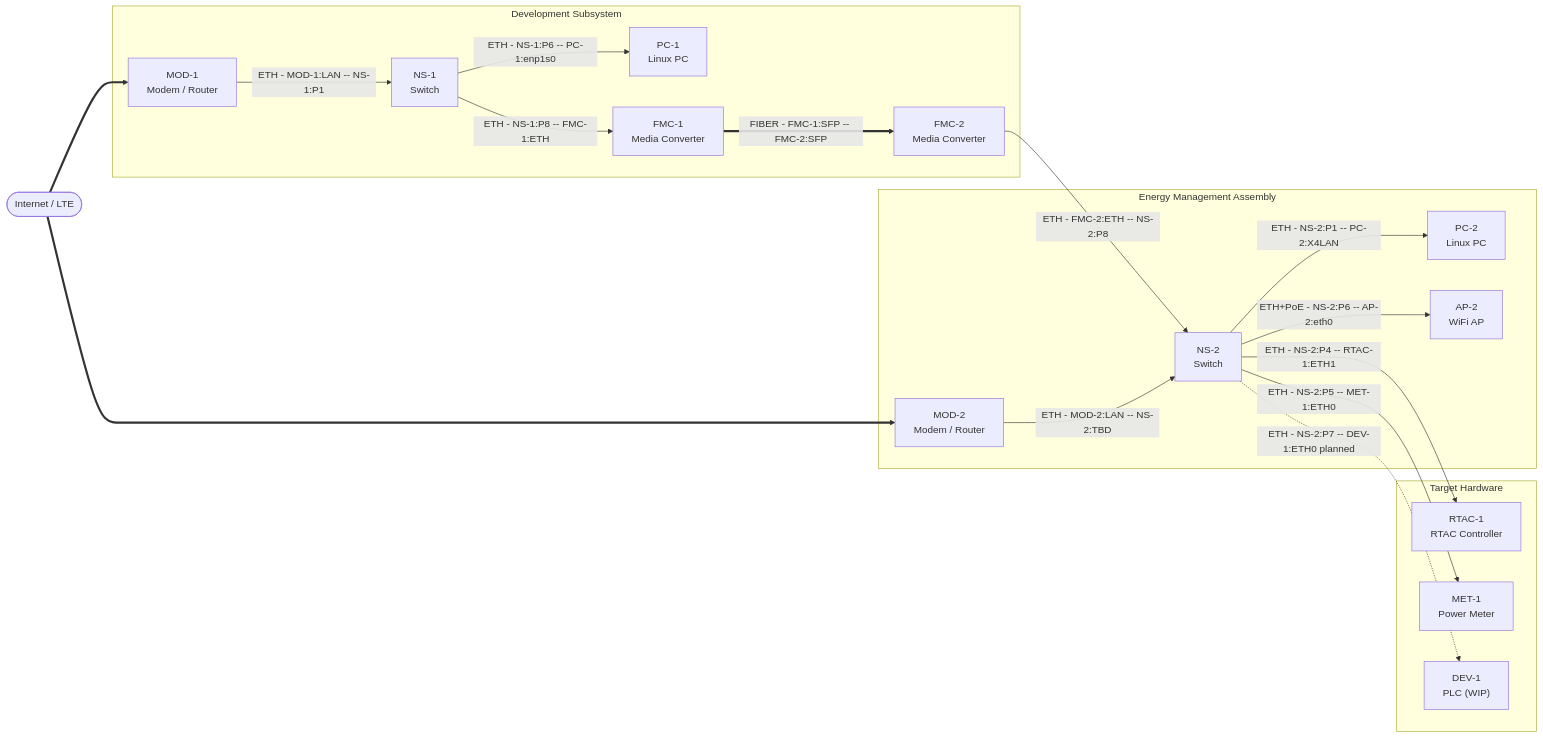
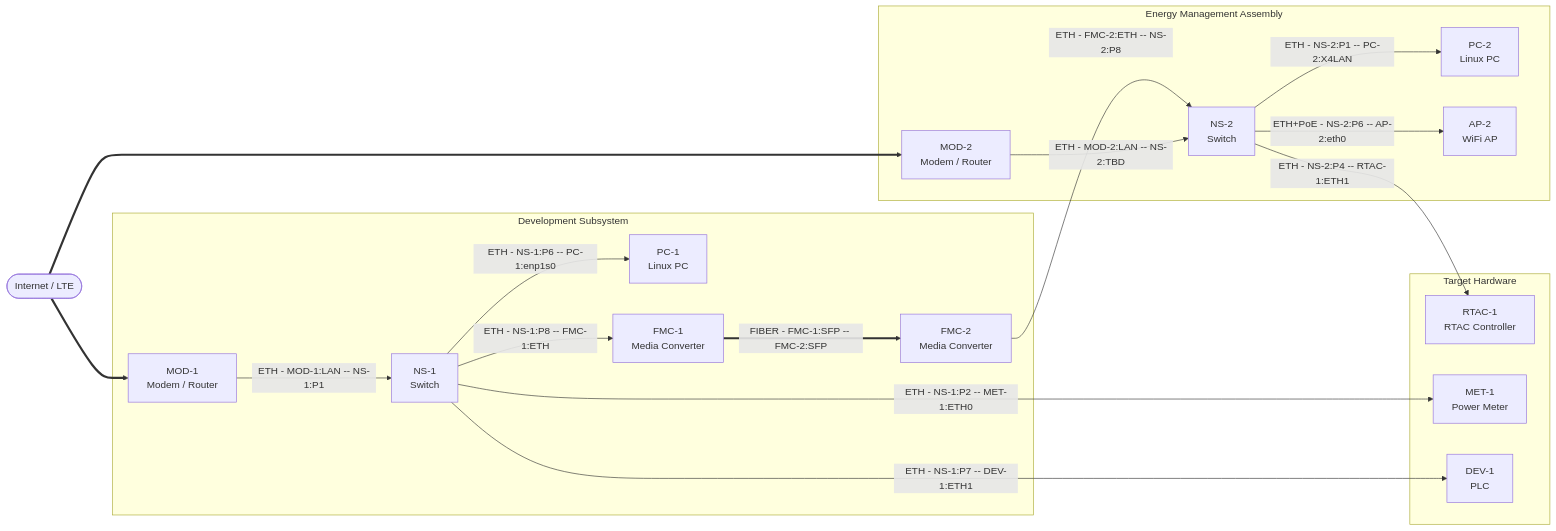
Before and after one commit to chadmholcomb/homelab1913: the diagram in README.md, drawn with Mermaid. The commit also changed other lines of this file and 6 other files, not shown here.

First line of the commit message:
Correct DEV-1/MET-1 topology and update device identities

````diff
--- a/README.md
+++ b/README.md
@@ -9,41 +9,41 @@
 ```mermaid
 graph LR
     WAN(["Internet / LTE"])
 
     subgraph DEV["Development Subsystem"]
         MOD1["MOD-1\nModem / Router"]
         NS1["NS-1\nSwitch"]
         PC1["PC-1\nLinux PC"]
         FMC1["FMC-1\nMedia Converter"]
         FMC2["FMC-2\nMedia Converter"]
     end
 
     subgraph EMA["Energy Management Assembly"]
         MOD2["MOD-2\nModem / Router"]
         NS2["NS-2\nSwitch"]
         PC2["PC-2\nLinux PC"]
         AP2["AP-2\nWiFi AP"]
     end
 
     subgraph TGT["Target Hardware"]
         RTAC1["RTAC-1\nRTAC Controller"]
         MET1["MET-1\nPower Meter"]
-        DEV1["DEV-1\nPLC (WIP)"]
+        DEV1["DEV-1\nPLC"]
     end
 
     WAN ==> MOD1
     WAN ==> MOD2
     MOD1 -->|"ETH - MOD-1:LAN -- NS-1:P1"| NS1
+    NS1 -->|"ETH - NS-1:P2 -- MET-1:ETH0"| MET1
     NS1 -->|"ETH - NS-1:P6 -- PC-1:enp1s0"| PC1
+    NS1 -->|"ETH - NS-1:P7 -- DEV-1:ETH1"| DEV1
     NS1 -->|"ETH - NS-1:P8 -- FMC-1:ETH"| FMC1
     FMC1 ==>|"FIBER - FMC-1:SFP -- FMC-2:SFP"| FMC2
     FMC2 -->|"ETH - FMC-2:ETH -- NS-2:P8"| NS2
     MOD2 -->|"ETH - MOD-2:LAN -- NS-2:TBD"| NS2
     NS2 -->|"ETH - NS-2:P1 -- PC-2:X4LAN"| PC2
     NS2 -->|"ETH - NS-2:P4 -- RTAC-1:ETH1"| RTAC1
-    NS2 -->|"ETH - NS-2:P5 -- MET-1:ETH0"| MET1
     NS2 -->|"ETH+PoE - NS-2:P6 -- AP-2:eth0"| AP2
-    NS2 -.->|"ETH - NS-2:P7 -- DEV-1:ETH0 planned"| DEV1
 
 
 ```
````
